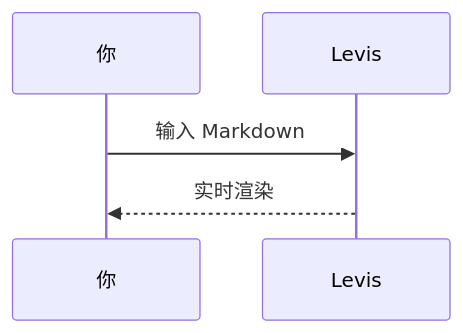
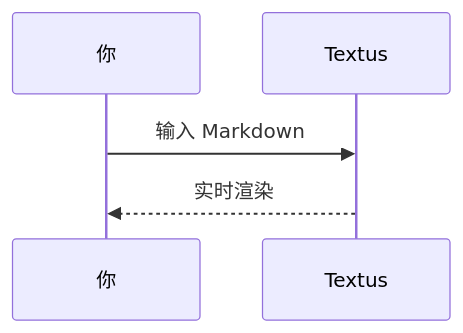
One commit to CatVinci-Studio/Levis changed the third of 3 diagrams in src/help/markdown-guide.zh.md. Above: the diagram before and after it, drawn with Mermaid. The commit also changed other lines of this file and 219 other files, not shown here.

````diff
--- a/src/help/markdown-guide.zh.md
+++ b/src/help/markdown-guide.zh.md
@@ -113,7 +113,7 @@
 ```mermaid
 sequenceDiagram
     participant 你
-    participant Levis
-    你->>Levis: 输入 Markdown
-    Levis-->>你: 实时渲染
+    participant Textus
+    你->>Textus: 输入 Markdown
+    Textus-->>你: 实时渲染
 ```
````
